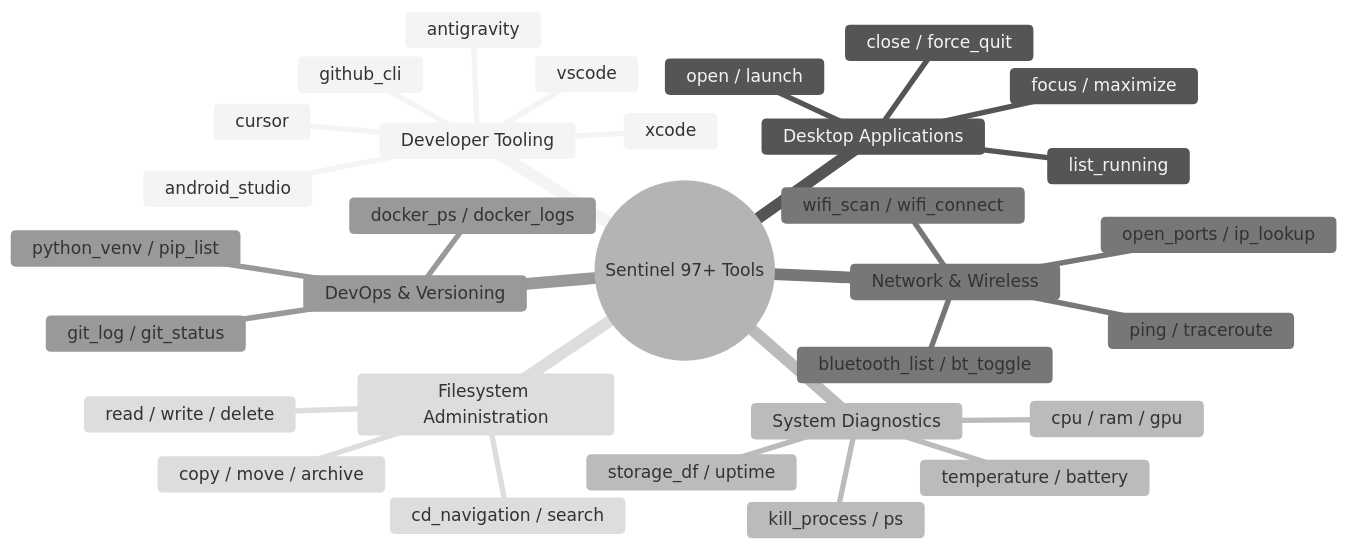
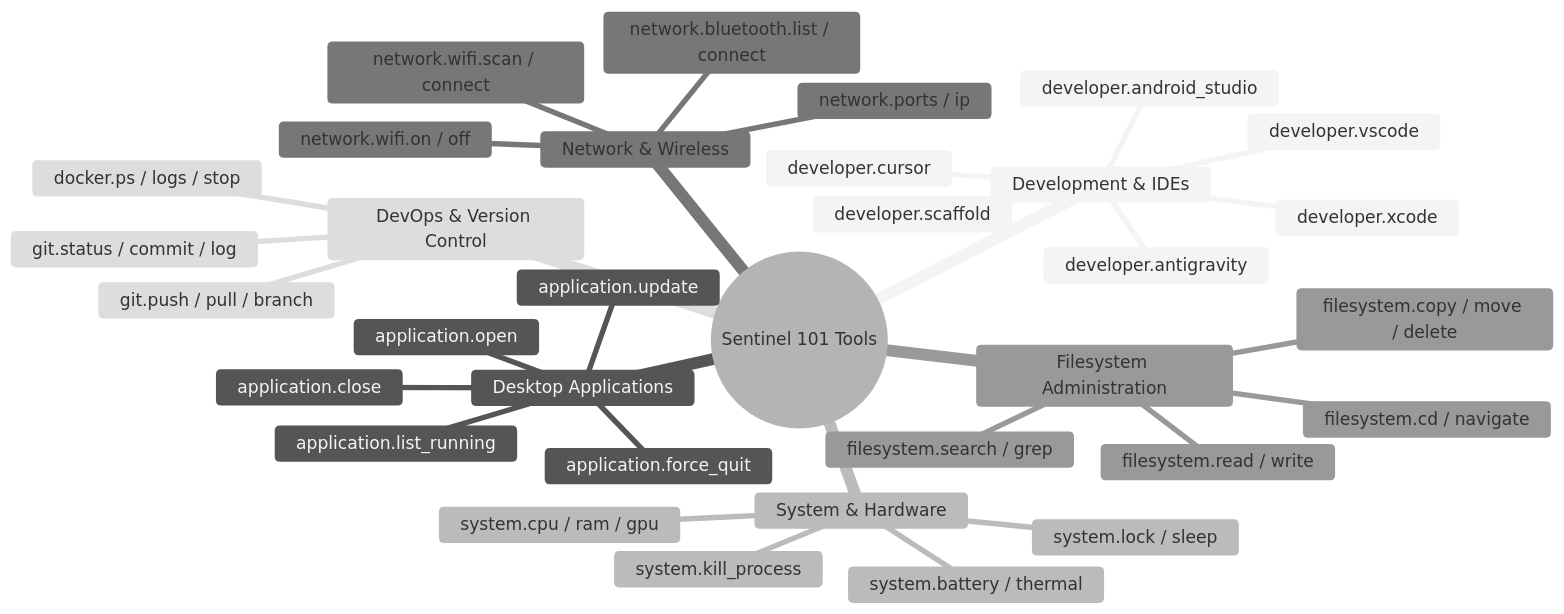
One commit to NetPranav/Sentinal-Terminal changed the diagram in README.md. Above: the diagram before and after it, drawn with Mermaid (neutral theme). The commit also changed other lines of this file and 4 other files, not shown here.

````diff
--- a/README.md
+++ b/README.md
@@ -139,34 +173,36 @@
 ```mermaid
 mindmap
-  root((Sentinel 97+ Tools))
-    Developer Tooling
-      vscode
-      cursor
-      antigravity
-      xcode
-      android_studio
-      github_cli
+  root((Sentinel 101 Tools))
+    Development & IDEs
+      developer.vscode
+      developer.cursor
+      developer.antigravity
+      developer.xcode
+      developer.android_studio
+      developer.scaffold
     Desktop Applications
-      list_running
-      open / launch
-      close / force_quit
-      focus / maximize
-    System Diagnostics
-      cpu / ram / gpu
-      temperature / battery
-      storage_df / uptime
-      kill_process / ps
+      application.open
+      application.close
+      application.update
+      application.list_running
+      application.force_quit
+    System & Hardware
+      system.cpu / ram / gpu
+      system.battery / thermal
+      system.lock / sleep
+      system.kill_process
     Network & Wireless
-      wifi_scan / wifi_connect
-      bluetooth_list / bt_toggle
-      open_ports / ip_lookup
-      ping / traceroute
-    DevOps & Versioning
-      docker_ps / docker_logs
-      git_log / git_status
-      python_venv / pip_list
+      network.wifi.scan / connect
+      network.wifi.on / off
+      network.bluetooth.list / connect
+      network.ports / ip
     Filesystem Administration
-      cd_navigation / search
-      read / write / delete
-      copy / move / archive
+      filesystem.read / write
+      filesystem.copy / move / delete
+      filesystem.search / grep
+      filesystem.cd / navigate
+    DevOps & Version Control
+      git.status / commit / log
+      git.push / pull / branch
+      docker.ps / logs / stop
 ```
````
